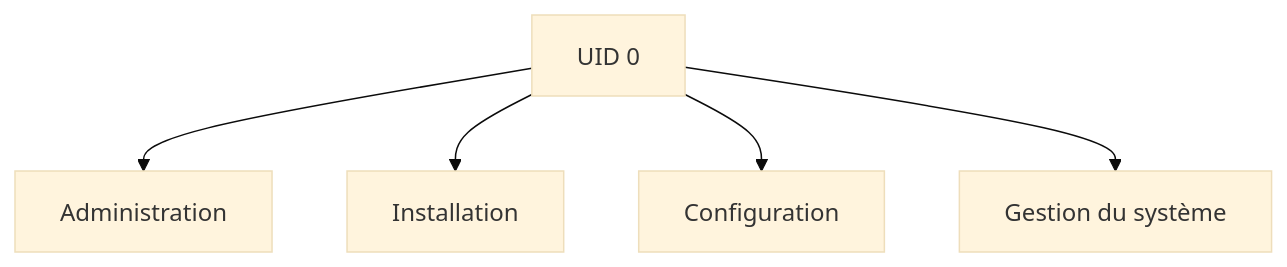
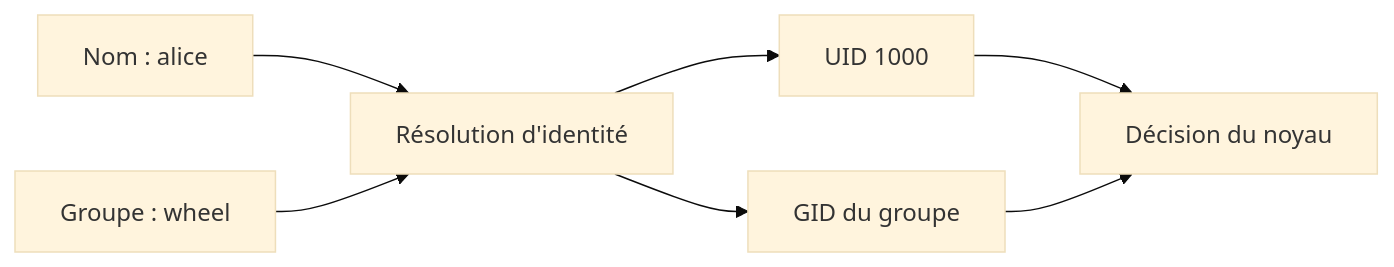
One commit to tdelaclos/formations changed the first of 4 diagrams in campagne 1/1.7-utilisateurs-groupes-permissions.md. Above: the diagram before and after it, drawn with Mermaid (base theme). The commit also changed other lines of this file and 10 other files, not shown here.

````diff
--- a/campagne 1/1.7-utilisateurs-groupes-permissions.md
+++ b/campagne 1/1.7-utilisateurs-groupes-permissions.md
@@ -378,13 +55,9 @@
 ```mermaid
-flowchart TD
-
-A["UID 0"]
-
-A --> B["Administration"]
-
-A --> C["Installation"]
-
-A --> D["Configuration"]
-
-A --> E["Gestion du système"]
+flowchart LR
+    Name["Nom : alice"] --> NSS["Résolution d'identité"]
+    NSS --> UID["UID 1000"]
+    GroupName["Groupe : wheel"] --> NSS
+    NSS --> GID["GID du groupe"]
+    UID --> Kernel["Décision du noyau"]
+    GID --> Kernel
 ```
````
